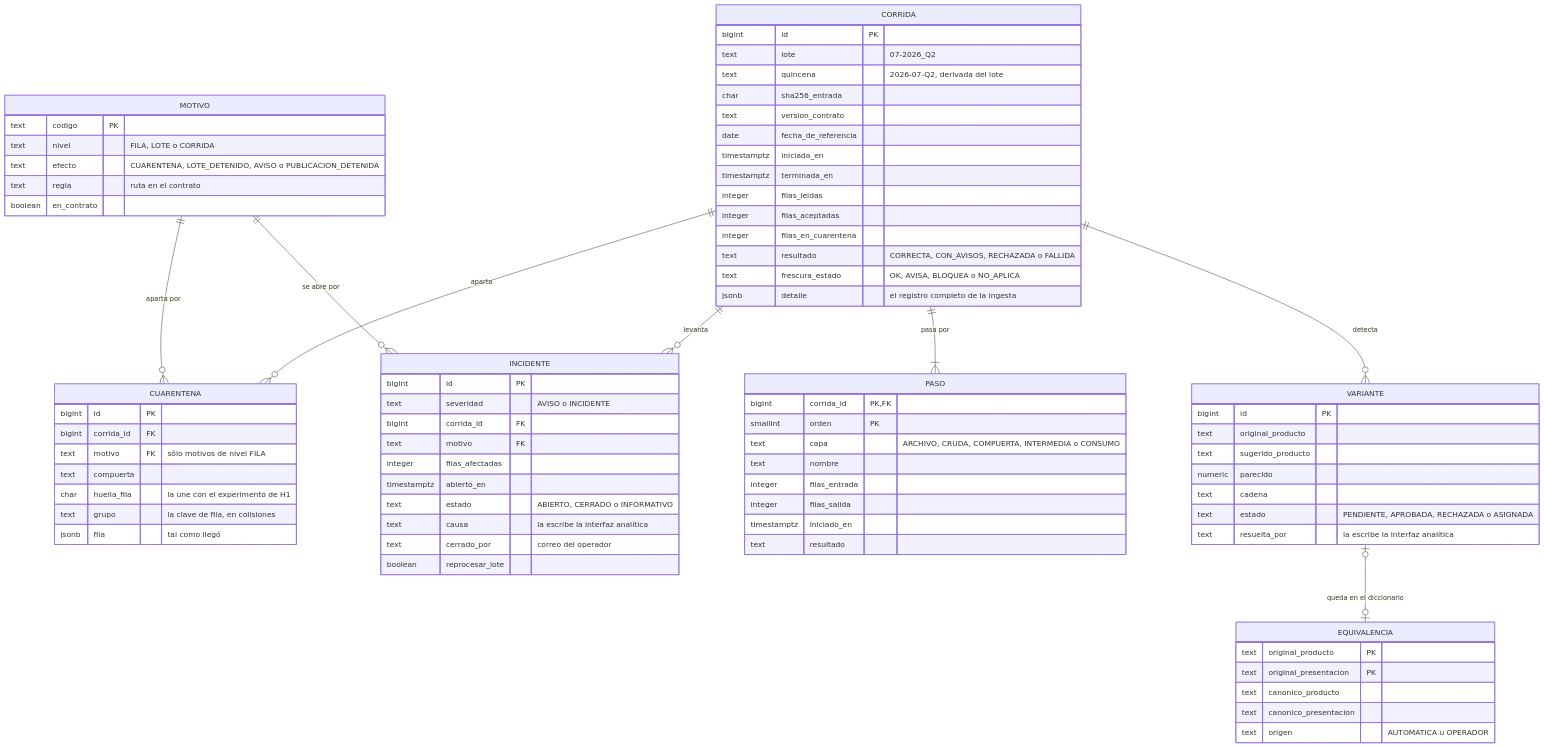
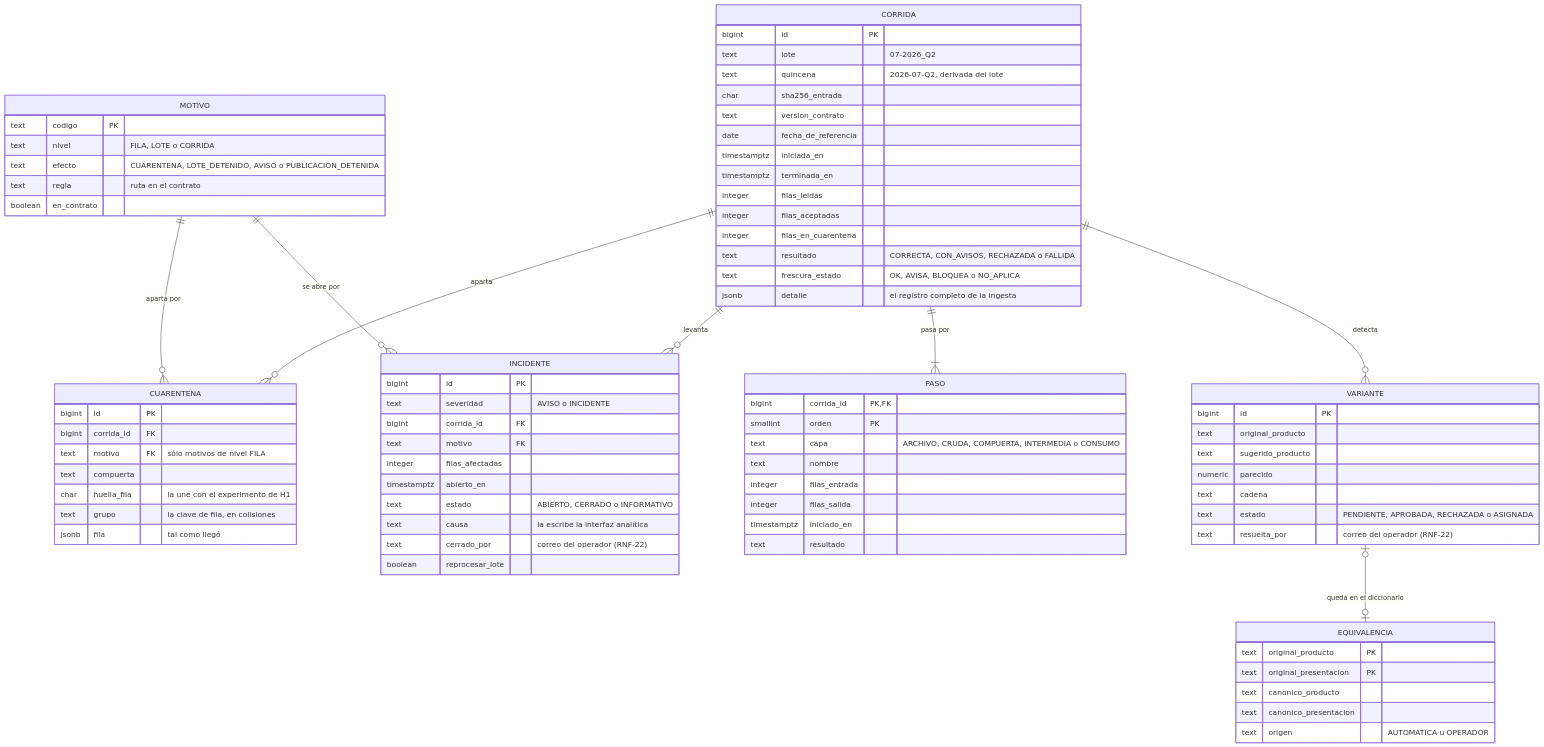
Before and after one commit to arik36/canastamx: the diagram in docs/datos/esquema-de-operacion.md, drawn with Mermaid. The commit also changed other lines of this file and 7 other files, not shown here.

````diff
--- a/docs/datos/esquema-de-operacion.md
+++ b/docs/datos/esquema-de-operacion.md
@@ -27,81 +27,81 @@
 ```mermaid
 erDiagram
     MOTIVO ||--o{ CUARENTENA : "aparta por"
     MOTIVO ||--o{ INCIDENTE : "se abre por"
     CORRIDA ||--|{ PASO : "pasa por"
     CORRIDA ||--o{ CUARENTENA : "aparta"
     CORRIDA ||--o{ INCIDENTE : "levanta"
     CORRIDA ||--o{ VARIANTE : "detecta"
     VARIANTE |o--o| EQUIVALENCIA : "queda en el diccionario"
 
     MOTIVO {
         text codigo PK
         text nivel "FILA, LOTE o CORRIDA"
         text efecto "CUARENTENA, LOTE_DETENIDO, AVISO o PUBLICACION_DETENIDA"
         text regla "ruta en el contrato"
         boolean en_contrato
     }
     CORRIDA {
         bigint id PK
         text lote "07-2026_Q2"
         text quincena "2026-07-Q2, derivada del lote"
         char sha256_entrada
         text version_contrato
         date fecha_de_referencia
         timestamptz iniciada_en
         timestamptz terminada_en
         integer filas_leidas
         integer filas_aceptadas
         integer filas_en_cuarentena
         text resultado "CORRECTA, CON_AVISOS, RECHAZADA o FALLIDA"
         text frescura_estado "OK, AVISA, BLOQUEA o NO_APLICA"
         jsonb detalle "el registro completo de la ingesta"
     }
     PASO {
         bigint corrida_id PK, FK
         smallint orden PK
         text capa "ARCHIVO, CRUDA, COMPUERTA, INTERMEDIA o CONSUMO"
         text nombre
         integer filas_entrada
         integer filas_salida
         timestamptz iniciado_en
         text resultado
     }
     CUARENTENA {
         bigint id PK
         bigint corrida_id FK
         text motivo FK "sólo motivos de nivel FILA"
         text compuerta
         char huella_fila "la une con el experimento de H1"
         text grupo "la clave de fila, en colisiones"
         jsonb fila "tal como llegó"
     }
     INCIDENTE {
         bigint id PK
         text severidad "AVISO o INCIDENTE"
         bigint corrida_id FK
         text motivo FK
         integer filas_afectadas
         timestamptz abierto_en
         text estado "ABIERTO, CERRADO o INFORMATIVO"
         text causa "la escribe la interfaz analítica"
-        text cerrado_por "correo del operador"
+        text cerrado_por "correo del operador (RNF-22)"
         boolean reprocesar_lote
     }
     VARIANTE {
         bigint id PK
         text original_producto
         text sugerido_producto
         numeric parecido
         text cadena
         text estado "PENDIENTE, APROBADA, RECHAZADA o ASIGNADA"
-        text resuelta_por "la escribe la interfaz analítica"
+        text resuelta_por "correo del operador (RNF-22)"
     }
     EQUIVALENCIA {
         text original_producto PK
         text original_presentacion PK
         text canonico_producto
         text canonico_presentacion
         text origen "AUTOMATICA u OPERADOR"
     }
 ```
````
